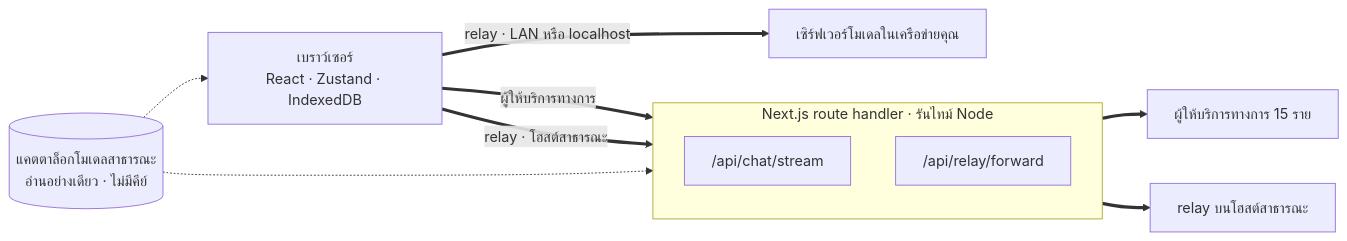
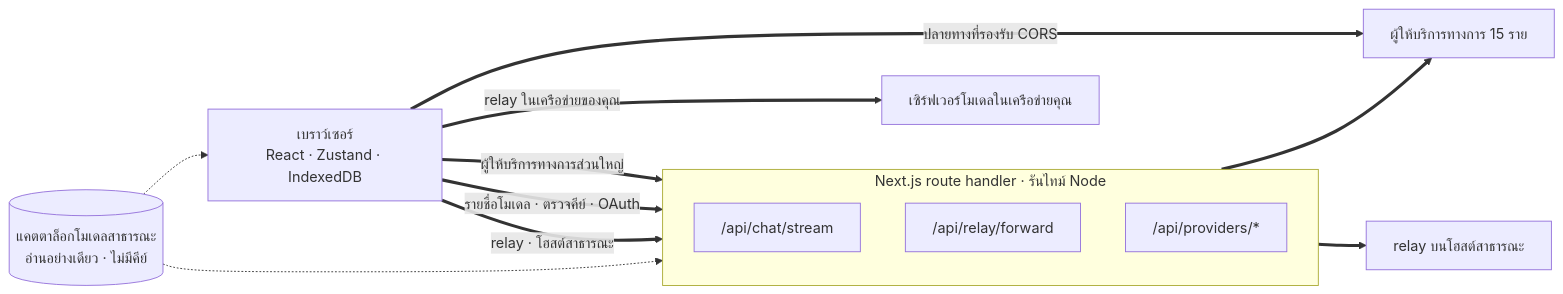
Before and after one commit to oriveo/oriveo: the first of 2 diagrams in readme_i18n/th/web.md, drawn with Mermaid. The commit also changed other lines of this file and 62 other files, not shown here.

````diff
--- a/readme_i18n/th/web.md
+++ b/readme_i18n/th/web.md
@@ -62,21 +62,24 @@
 ```mermaid
 flowchart LR
     browser["เบราว์เซอร์<br/>React · Zustand · IndexedDB"]
 
     subgraph server ["Next.js route handler · รันไทม์ Node"]
         direction TB
         chat["/api/chat/stream"]
         fwd["/api/relay/forward"]
+        prov["/api/providers/*"]
     end
 
     official["ผู้ให้บริการทางการ 15 ราย"]
     pubrelay["relay บนโฮสต์สาธารณะ"]
     lan["เซิร์ฟเวอร์โมเดลในเครือข่ายคุณ"]
     catalog[("แคตตาล็อกโมเดลสาธารณะ<br/>อ่านอย่างเดียว · ไม่มีคีย์")]
 
-    browser ==>|"ผู้ให้บริการทางการ"| chat ==> official
+    browser ==>|"ผู้ให้บริการทางการส่วนใหญ่"| chat ==> official
+    browser ==>|"รายชื่อโมเดล · ตรวจคีย์ · OAuth"| prov
     browser ==>|"relay · โฮสต์สาธารณะ"| fwd ==> pubrelay
-    browser ==>|"relay · LAN หรือ localhost"| lan
+    browser ==>|"relay ในเครือข่ายของคุณ"| lan
+    browser ==>|"ปลายทางที่รองรับ CORS"| official
     catalog -.-> browser
     catalog -.-> chat
 ```
````
